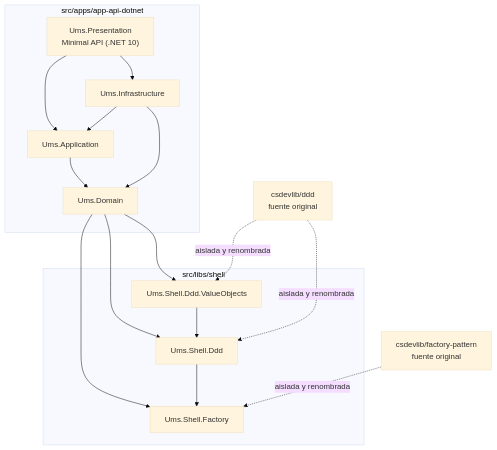
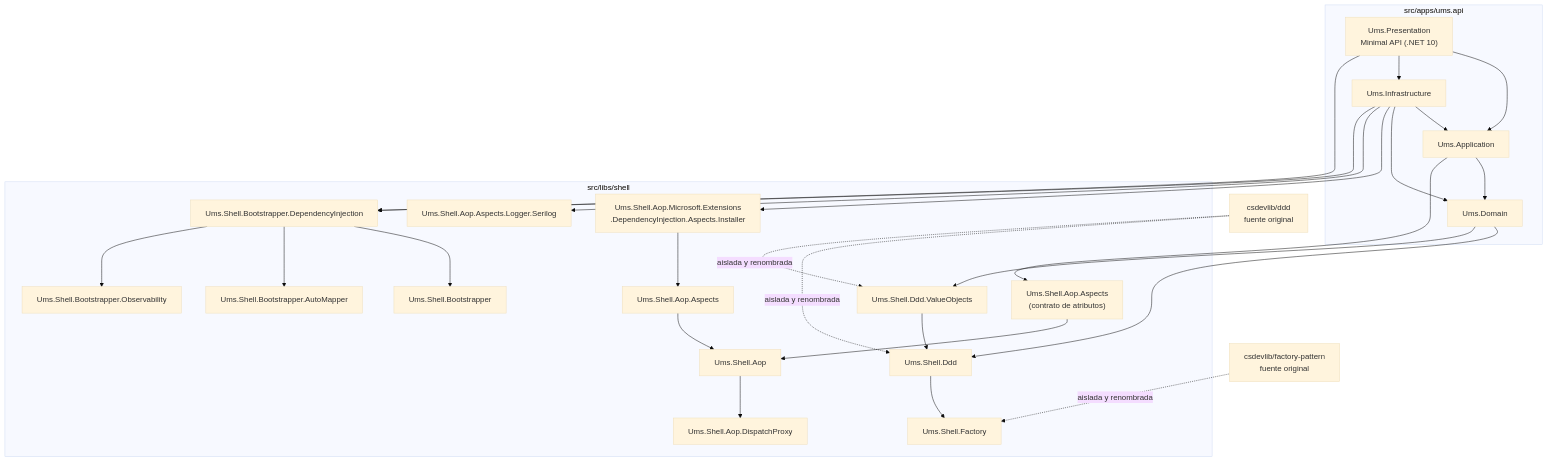
The diagram in docs/architecture/blueprints-es/shell-library-architecture.md (beyondnetcode/ums), drawn with Mermaid (base theme) before and after one commit. The commit also changed other lines of this file and 1 other file, not shown here.

First line of the commit message:
docs: expand shell-library blueprint to cover AOP and Bootstrapper

````diff
--- a/docs/architecture/blueprints-es/shell-library-architecture.md
+++ b/docs/architecture/blueprints-es/shell-library-architecture.md
@@ -22,32 +28,60 @@
 ```mermaid
 flowchart TD
     A["Ums.Presentation<br/>Minimal API (.NET 10)"] --> B["Ums.Application"]
     A --> C["Ums.Infrastructure"]
     C --> B
     B --> D["Ums.Domain"]
     C --> D
 
+    %% Dominio → shell DDD (Factory es transitivo vía Ddd)
     D --> E["Ums.Shell.Ddd"]
     D --> F["Ums.Shell.Ddd.ValueObjects"]
-    D --> G["Ums.Shell.Factory"]
+    F --> E
+    E --> G["Ums.Shell.Factory"]
 
-    F --> E
-    E --> G
+    %% Application → solo contrato de atributos AOP
+    B --> H["Ums.Shell.Aop.Aspects<br/>(contrato de atributos)"]
 
-    H["csdevlib/ddd<br/>fuente original"] -. "aislada y renombrada" .-> E
-    H -. "aislada y renombrada" .-> F
-    I["csdevlib/factory-pattern<br/>fuente original"] -. "aislada y renombrada" .-> G
+    %% Infrastructure → cableado AOP completo + Bootstrapper
+    C --> I["Ums.Shell.Aop.Microsoft.Extensions<br/>.DependencyInjection.Aspects.Installer"]
+    C --> J["Ums.Shell.Aop.Aspects.Logger.Serilog"]
+    I --> K["Ums.Shell.Aop.Aspects"]
+    K --> L["Ums.Shell.Aop"]
+    L --> M["Ums.Shell.Aop.DispatchProxy"]
+    H --> L
 
-    subgraph Apps["src/apps/app-api-dotnet"]
+    %% Presentation/Infrastructure → Bootstrapper
+    A --> N["Ums.Shell.Bootstrapper.DependencyInjection"]
+    C --> N
+    N --> O["Ums.Shell.Bootstrapper"]
+    N --> P["Ums.Shell.Bootstrapper.AutoMapper"]
+    N --> Q["Ums.Shell.Bootstrapper.Observability"]
+
+    %% Aislamiento upstream
+    R["csdevlib/ddd<br/>fuente original"] -. "aislada y renombrada" .-> E
+    R -. "aislada y renombrada" .-> F
+    S["csdevlib/factory-pattern<br/>fuente original"] -. "aislada y renombrada" .-> G
+
+    subgraph Apps["src/apps/ums.api"]
       A
       B
       C
       D
     end
 
     subgraph Shell["src/libs/shell"]
       E
       F
       G
+      H
+      I
+      J
+      K
+      L
+      M
+      N
+      O
+      P
+      Q
     end
 ```
````
